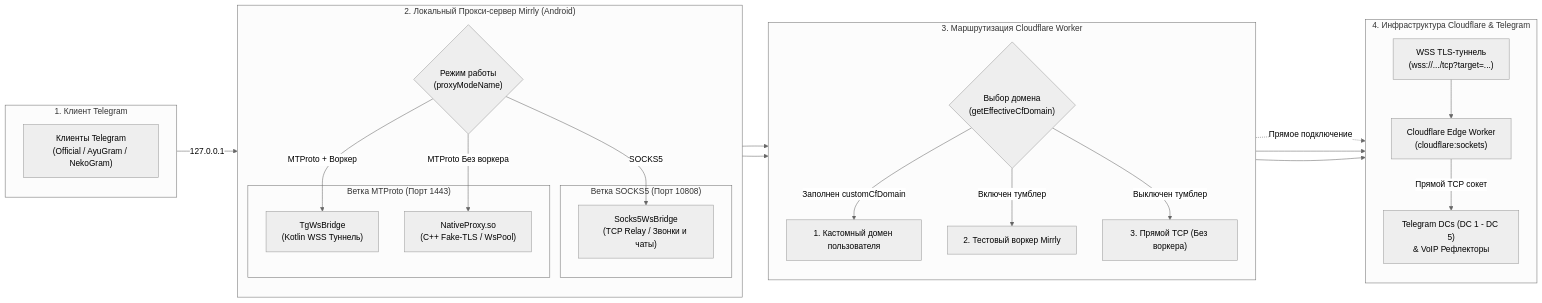
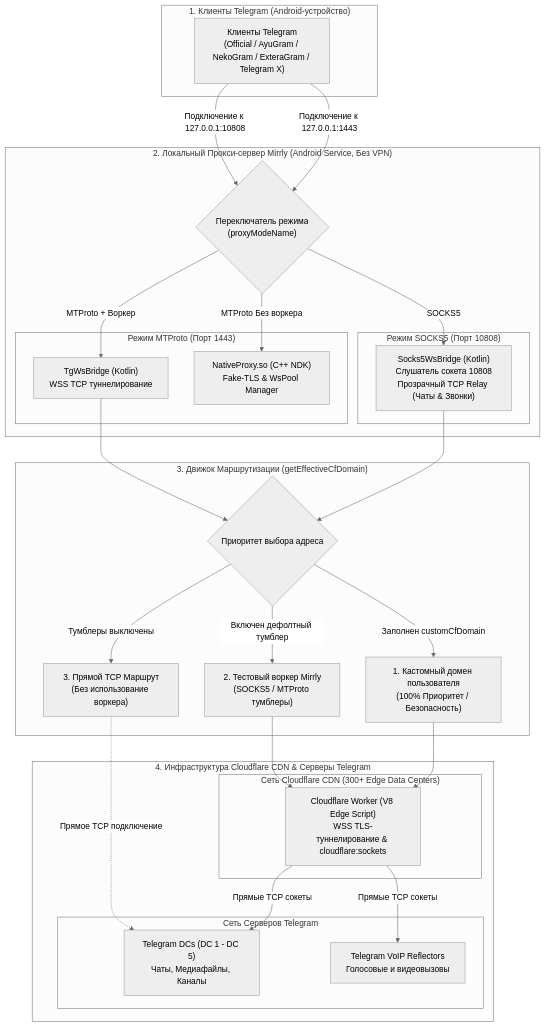
Before and after one commit to joycecurcirt539-dot/Mirrly-TG-Proxy: the diagram in README.md, drawn with Mermaid (neutral theme).

Commit message:
docs: balance Mermaid architecture diagram layout to 4 wide tiers

````diff
--- a/README.md
+++ b/README.md
@@ -87,54 +87,58 @@
 ```mermaid
-flowchart LR
-    subgraph Client ["1. Клиент Telegram"]
-        direction TB
-        TGApp["Клиенты Telegram<br/>(Official / AyuGram / NekoGram)"]
+flowchart TD
+    subgraph ClientLayer ["1. Клиенты Telegram (Android-устройство)"]
+        TGApp["Клиенты Telegram<br/>(Official / AyuGram / NekoGram / ExteraGram / Telegram X)"]
     end
 
-    subgraph AppCore ["2. Локальный Прокси-сервер Mirrly (Android)"]
-        direction TB
-        ModeSelect{"Режим работы<br/>(proxyModeName)"}
+    subgraph ServiceLayer ["2. Локальный Прокси-сервер Mirrly (Android Service, Без VPN)"]
+        ModeSwitch{"Переключатель режима<br/>(proxyModeName)"}
         
-        subgraph SocksBranch ["Ветка SOCKS5 (Порт 10808)"]
-            SocksEng["Socks5WsBridge<br/>(TCP Relay / Звонки и чаты)"]
+        subgraph SocksBox ["Режим SOCKS5 (Порт 10808)"]
+            SocksEngine["Socks5WsBridge (Kotlin)<br/>Слушатель сокета 10808<br/>Прозрачный TCP Relay (Чаты & Звонки)"]
         end
 
-        subgraph MTProtoBranch ["Ветка MTProto (Порт 1443)"]
-            TgWsEng["TgWsBridge<br/>(Kotlin WSS Туннель)"]
-            NativeEng["NativeProxy.so<br/>(C++ Fake-TLS / WsPool)"]
+        subgraph MtprotoBox ["Режим MTProto (Порт 1443)"]
+            TgWsEngine["TgWsBridge (Kotlin)<br/>WSS TCP туннелирование"]
+            NativeEngine["NativeProxy.so (C++ NDK)<br/>Fake-TLS & WsPool Manager"]
         end
 
-        ModeSelect -->|SOCKS5| SocksEng
-        ModeSelect -->|MTProto + Воркер| TgWsEng
-        ModeSelect -->|MTProto Без воркера| NativeEng
+        ModeSwitch -->|SOCKS5| SocksEngine
+        ModeSwitch -->|MTProto + Воркер| TgWsEngine
+        ModeSwitch -->|MTProto Без воркера| NativeEngine
     end
 
-    subgraph Router ["3. Маршрутизация Cloudflare Worker"]
-        direction TB
-        WorkerResolver{"Выбор домена<br/>(getEffectiveCfDomain)"}
-        UserWorker["1. Кастомный домен пользователя"]
-        DefaultWorker["2. Тестовый воркер Mirrly"]
-        DirectRoute["3. Прямой TCP (Без воркера)"]
+    subgraph ResolverLayer ["3. Движок Маршрутизации (getEffectiveCfDomain)"]
+        WorkerResolver{"Приоритет выбора адреса"}
+        UserWorker["1. Кастомный домен пользователя<br/>(100% Приоритет / Безопасность)"]
+        DefaultWorker["2. Тестовый воркер Mirrly<br/>(SOCKS5 / MTProto тумблеры)"]
+        DirectRoute["3. Прямой TCP Маршрут<br/>(Без использование воркера)"]
 
         WorkerResolver -->|Заполнен customCfDomain| UserWorker
-        WorkerResolver -->|Включен тумблер| DefaultWorker
-        WorkerResolver -->|Выключен тумблер| DirectRoute
+        WorkerResolver -->|Включен дефолтный тумблер| DefaultWorker
+        WorkerResolver -->|Тумблеры выключены| DirectRoute
     end
 
-    subgraph Network ["4. Инфраструктура Cloudflare & Telegram"]
-        direction TB
-        WssTunnel["WSS TLS-туннель<br/>(wss://.../tcp?target=...)"]
-        CFWorker["Cloudflare Edge Worker<br/>(cloudflare:sockets)"]
-        TGDCs["Telegram DCs (DC 1 - DC 5)<br/>& VoIP Рефлекторы"]
+    subgraph InfrastructureLayer ["4. Инфраструктура Cloudflare CDN & Серверы Telegram"]
+        subgraph CFEdge ["Сеть Cloudflare CDN (300+ Edge Data Centers)"]
+            CFWorker["Cloudflare Worker (V8 Edge Script)<br/>WSS TLS-туннелирование & cloudflare:sockets"]
+        end
 
-        WssTunnel --> CFWorker
-        CFWorker -->|Прямой TCP сокет| TGDCs
-        DirectRoute -.->|Прямое подключение| TGDCs
+        subgraph TelegramInfra ["Сеть Серверов Telegram"]
+            TelegramDC["Telegram DCs (DC 1 - DC 5)<br/>Чаты, Медиафайлы, Каналы"]
+            VoIPNodes["Telegram VoIP Reflectors<br/>Голосовые и видеовызовы"]
+        end
+
+        CFWorker -->|Прямые TCP сокеты| TelegramDC
+        CFWorker -->|Прямые TCP сокеты| VoIPNodes
+        DirectRoute -.->|Прямое TCP подключение| TelegramDC
     end
 
-    TGApp -->|127.0.0.1| ModeSelect
-    SocksEng --> WorkerResolver
-    TgWsEng --> WorkerResolver
-    UserWorker --> WssTunnel
-    DefaultWorker --> WssTunnel
+    TGApp -->|Подключение к 127.0.0.1:1443| ModeSwitch
+    TGApp -->|Подключение к 127.0.0.1:10808| ModeSwitch
+    
+    SocksEngine --> WorkerResolver
+    TgWsEngine --> WorkerResolver
+    
+    UserWorker --> CFWorker
+    DefaultWorker --> CFWorker
 ```
````
